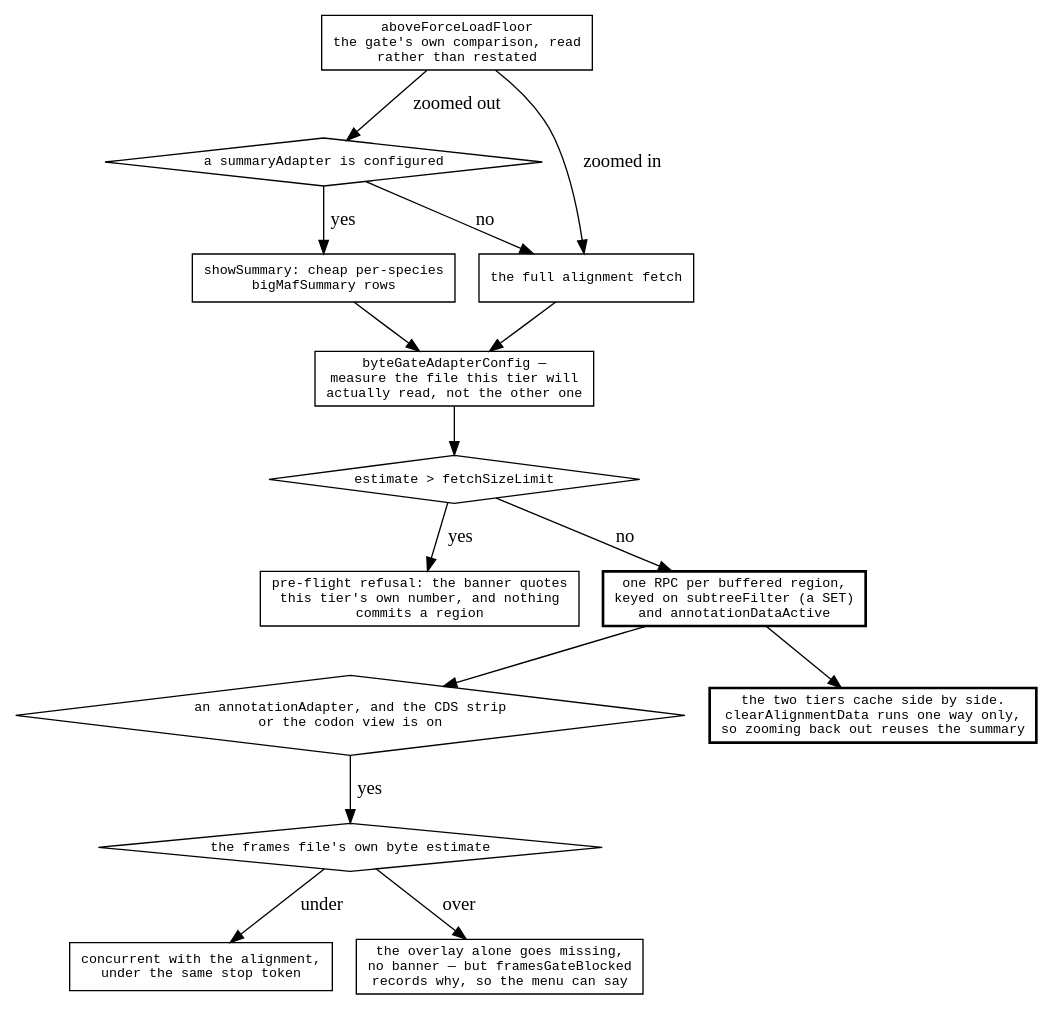
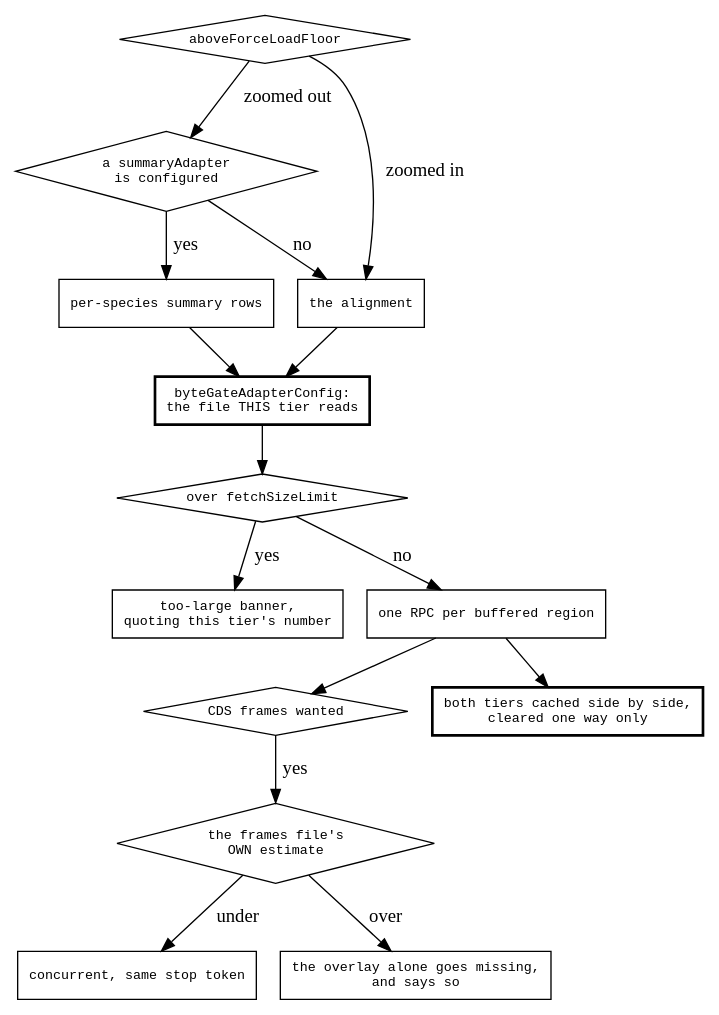
Before and after one commit to GMOD/jbrowse-components: the diagram in agent-docs/mechanisms/diagrams/maf-tier.dot, drawn with Graphviz. The commit also changed 16 other files, not shown here.

```diff
--- a/agent-docs/mechanisms/diagrams/maf-tier.dot
+++ b/agent-docs/mechanisms/diagrams/maf-tier.dot
@@ -1,37 +1,35 @@
 digraph maf_tier {
   rankdir=TB
   node [shape=box fontname=monospace fontsize=10]
-  { node [shape=diamond] hasSummary; overBudget; framesOn; framesBudget }
+  { node [shape=diamond] zoom; hasSummary; overBudget; framesOn; framesBudget }
 
-  zoom [label="aboveForceLoadFloor\nthe gate's own comparison, read\nrather than restated"]
-  hasSummary [label="a summaryAdapter is configured"]
+  zoom [label="aboveForceLoadFloor"]
+  hasSummary [label="a summaryAdapter\nis configured"]
   zoom -> hasSummary [label=" zoomed out"]
   zoom -> detail     [label=" zoomed in"]
   hasSummary -> summary [label=" yes"]
   hasSummary -> detail  [label=" no"]
+  summary [label="per-species summary rows"]
+  detail  [label="the alignment"]
 
-  summary [label="showSummary: cheap per-species\nbigMafSummary rows"]
-  detail  [label="the full alignment fetch"]
-
-  gate [label="byteGateAdapterConfig —\nmeasure the file this tier will\nactually read, not the other one"]
+  gate [label="byteGateAdapterConfig:\nthe file THIS tier reads", style=bold]
   summary -> gate  detail -> gate
-  overBudget [label="estimate > fetchSizeLimit"]
+  overBudget [label="over fetchSizeLimit"]
   gate -> overBudget
   overBudget -> banner [label=" yes"]
   overBudget -> fetch  [label=" no"]
-  banner [label="pre-flight refusal: the banner quotes\nthis tier's own number, and nothing\ncommits a region"]
+  banner [label="too-large banner,\nquoting this tier's number"]
+  fetch [label="one RPC per buffered region"]
 
-  fetch [label="one RPC per buffered region,\nkeyed on subtreeFilter (a SET)\nand annotationDataActive", style=bold]
-
-  framesOn [label="an annotationAdapter, and the CDS strip\nor the codon view is on"]
+  framesOn [label="CDS frames wanted"]
   fetch -> framesOn
+  framesBudget [label="the frames file's\nOWN estimate"]
   framesOn -> framesBudget [label=" yes"]
-  framesBudget [label="the frames file's own byte estimate"]
   framesBudget -> framesFetch [label=" under"]
   framesBudget -> framesOff   [label=" over"]
-  framesFetch [label="concurrent with the alignment,\nunder the same stop token"]
-  framesOff [label="the overlay alone goes missing,\nno banner — but framesGateBlocked\nrecords why, so the menu can say"]
+  framesFetch [label="concurrent, same stop token"]
+  framesOff [label="the overlay alone goes missing,\nand says so"]
 
-  swap [label="the two tiers cache side by side.\nclearAlignmentData runs one way only,\nso zooming back out reuses the summary", style=bold]
+  swap [label="both tiers cached side by side,\ncleared one way only", style=bold]
   fetch -> swap
 }
```
